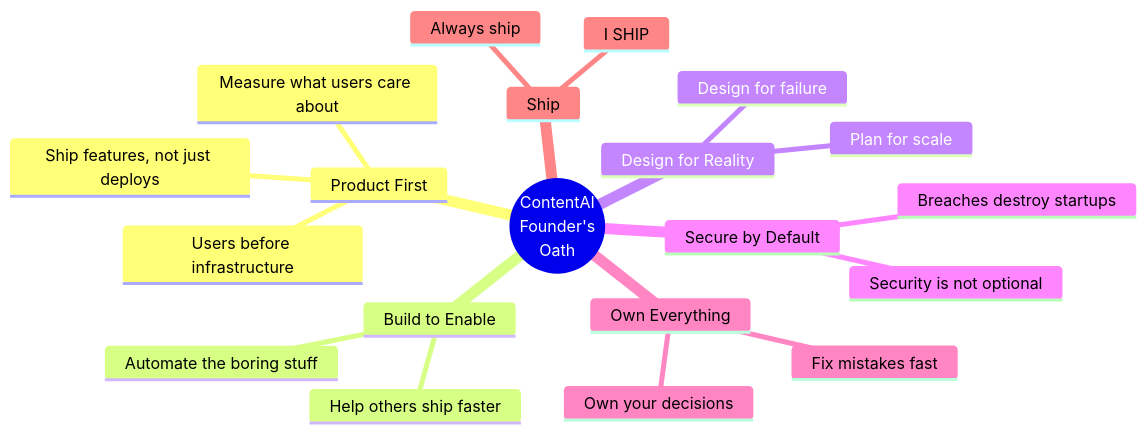
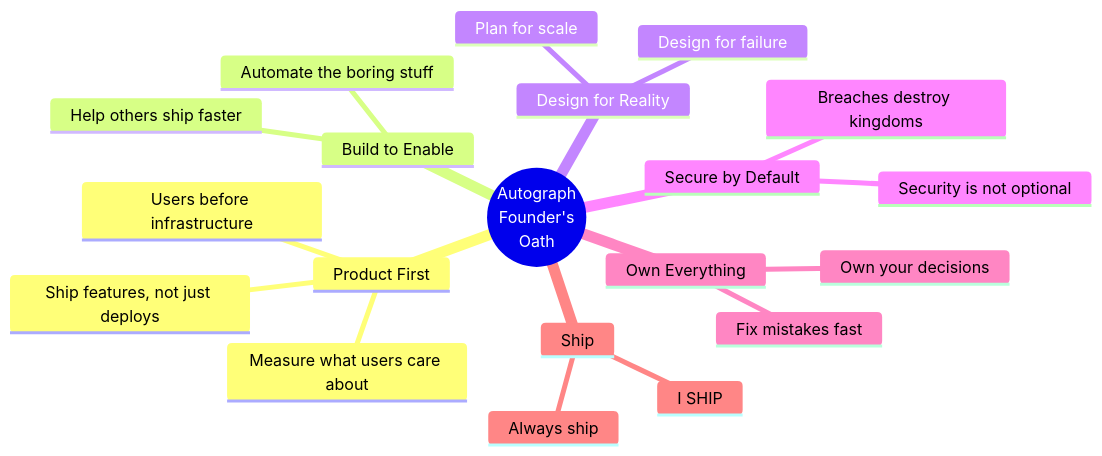
Before and after one commit to PearlThoughtsInternship/Internship-Obsidian-Vault: the fifth of 5 diagrams in DevOps/04-Internship/01-Before-You-Begin.md, drawn with Mermaid. The commit also changed other lines of this file and 1 other file, not shown here.

First line of the commit message:
rebrand: Autograph with Cinderella narrative

````diff
--- a/DevOps/04-Internship/01-Before-You-Begin.md
+++ b/DevOps/04-Internship/01-Before-You-Begin.md
@@ -255,23 +277,23 @@
 ```mermaid
 mindmap
-  root((ContentAI<br/>Founder's<br/>Oath))
+  root((Autograph<br/>Founder's<br/>Oath))
     Product First
       Users before infrastructure
       Ship features, not just deploys
       Measure what users care about
     Build to Enable
       Help others ship faster
       Automate the boring stuff
     Design for Reality
       Design for failure
       Plan for scale
     Secure by Default
-      Breaches destroy startups
+      Breaches destroy kingdoms
       Security is not optional
     Own Everything
       Own your decisions
       Fix mistakes fast
     Ship
       I SHIP
       Always ship
 ```
````
